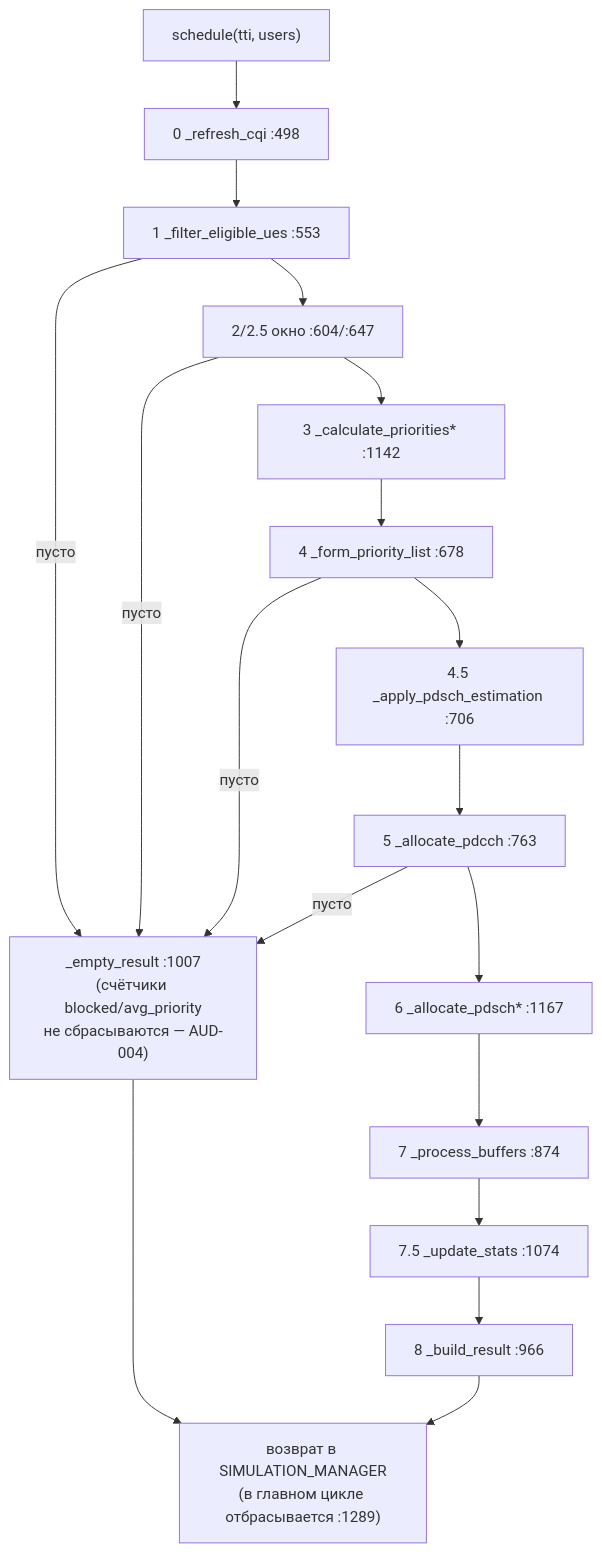
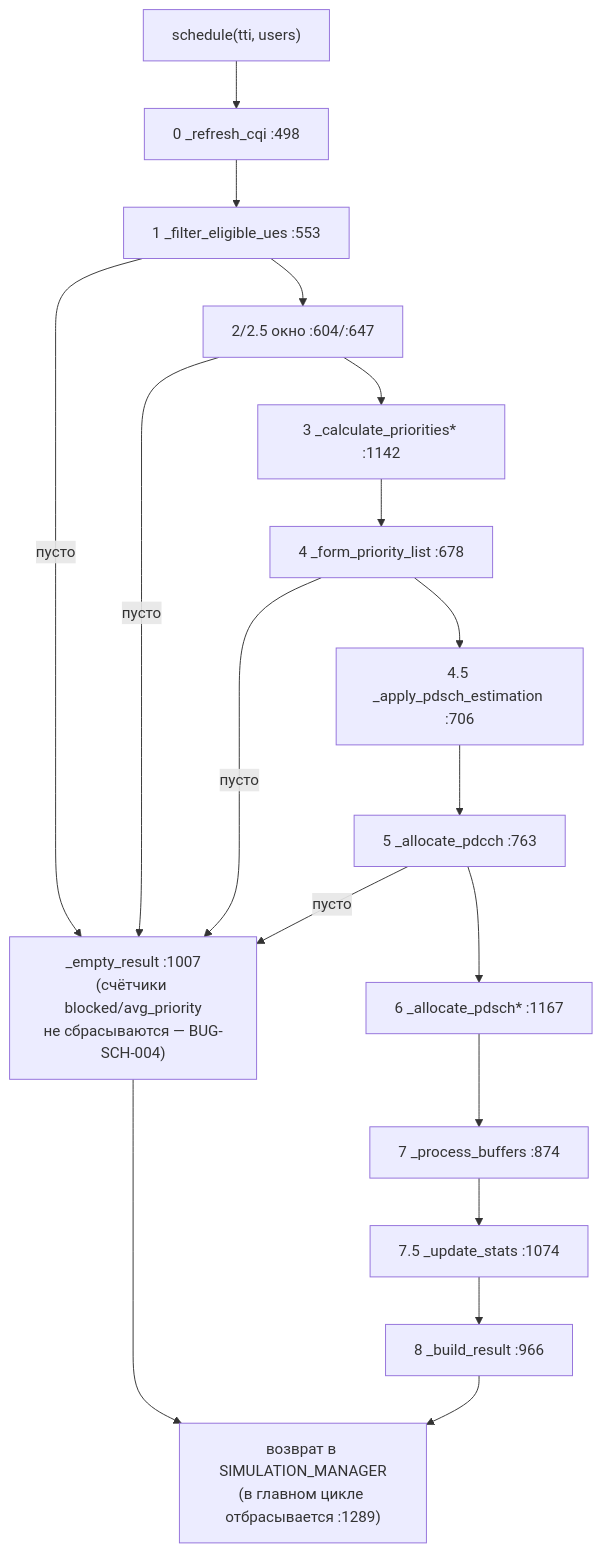
The fifth of 10 diagrams in weeks/docs/diagrams.md (dokbrawn/REC-S5), drawn with Mermaid before and after one commit. The commit also changed other lines of this file and 4 other files, not shown here.

````diff
--- a/weeks/docs/diagrams.md
+++ b/weeks/docs/diagrams.md
@@ -174,20 +174,20 @@
 ```mermaid
 flowchart TD
     A["schedule(tti, users)"] --> B["0 _refresh_cqi :498"]
     B --> C["1 _filter_eligible_ues :553"]
-    C -->|пусто| Z["_empty_result :1007<br/>(счётчики blocked/avg_priority<br/>не сбрасываются — AUD-004)"]
+    C -->|пусто| Z["_empty_result :1007<br/>(счётчики blocked/avg_priority<br/>не сбрасываются — BUG-SCH-004)"]
     C --> D["2/2.5 окно :604/:647"]
     D -->|пусто| Z
     D --> E["3 _calculate_priorities* :1142"]
     E --> F["4 _form_priority_list :678"]
     F -->|пусто| Z
     F --> G["4.5 _apply_pdsch_estimation :706"]
     G --> H["5 _allocate_pdcch :763"]
     H -->|пусто| Z
     H --> I["6 _allocate_pdsch* :1167"]
     I --> J["7 _process_buffers :874"]
     J --> K["7.5 _update_stats :1074"]
     K --> L["8 _build_result :966"]
     Z --> M["возврат в SIMULATION_MANAGER<br/>(в главном цикле отбрасывается :1289)"]
     L --> M
 ```
````
